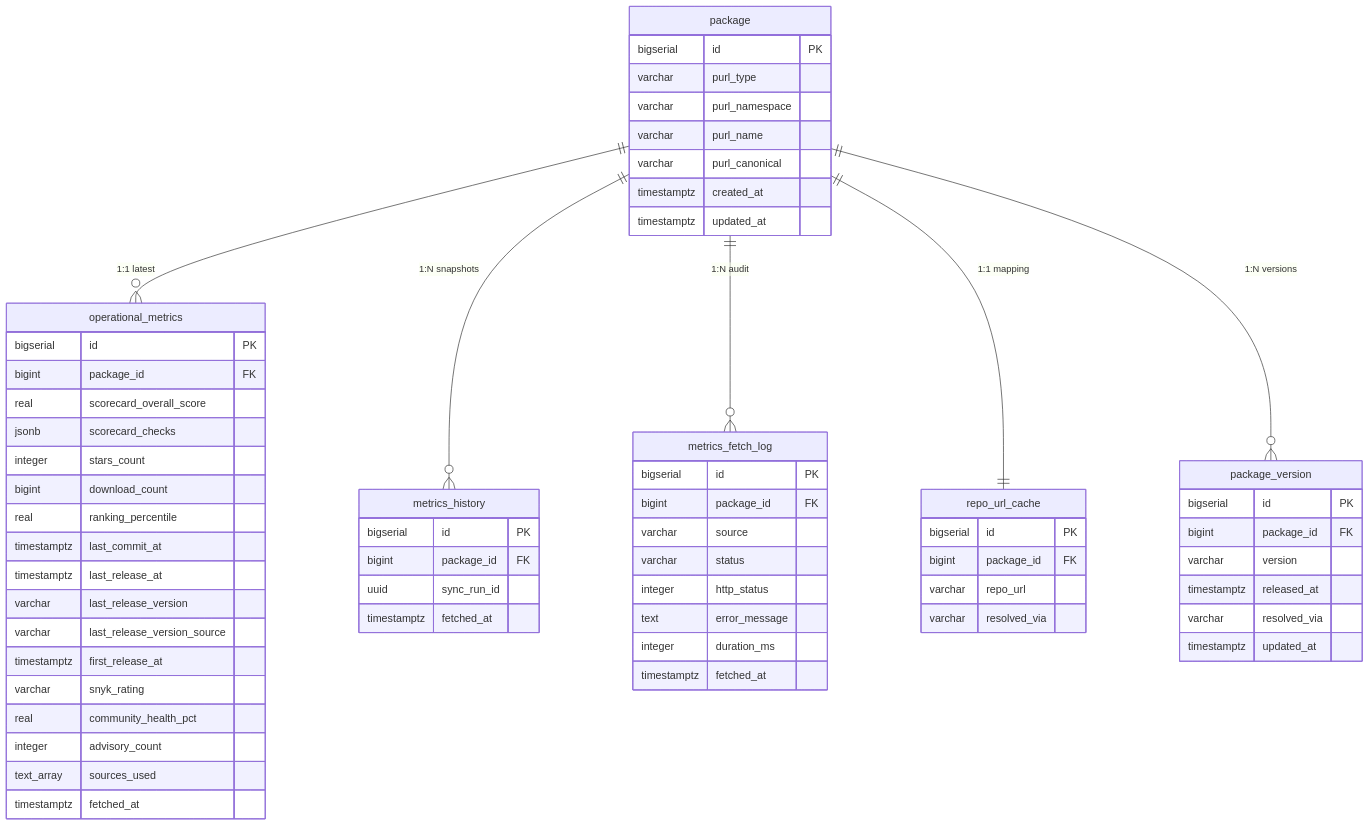
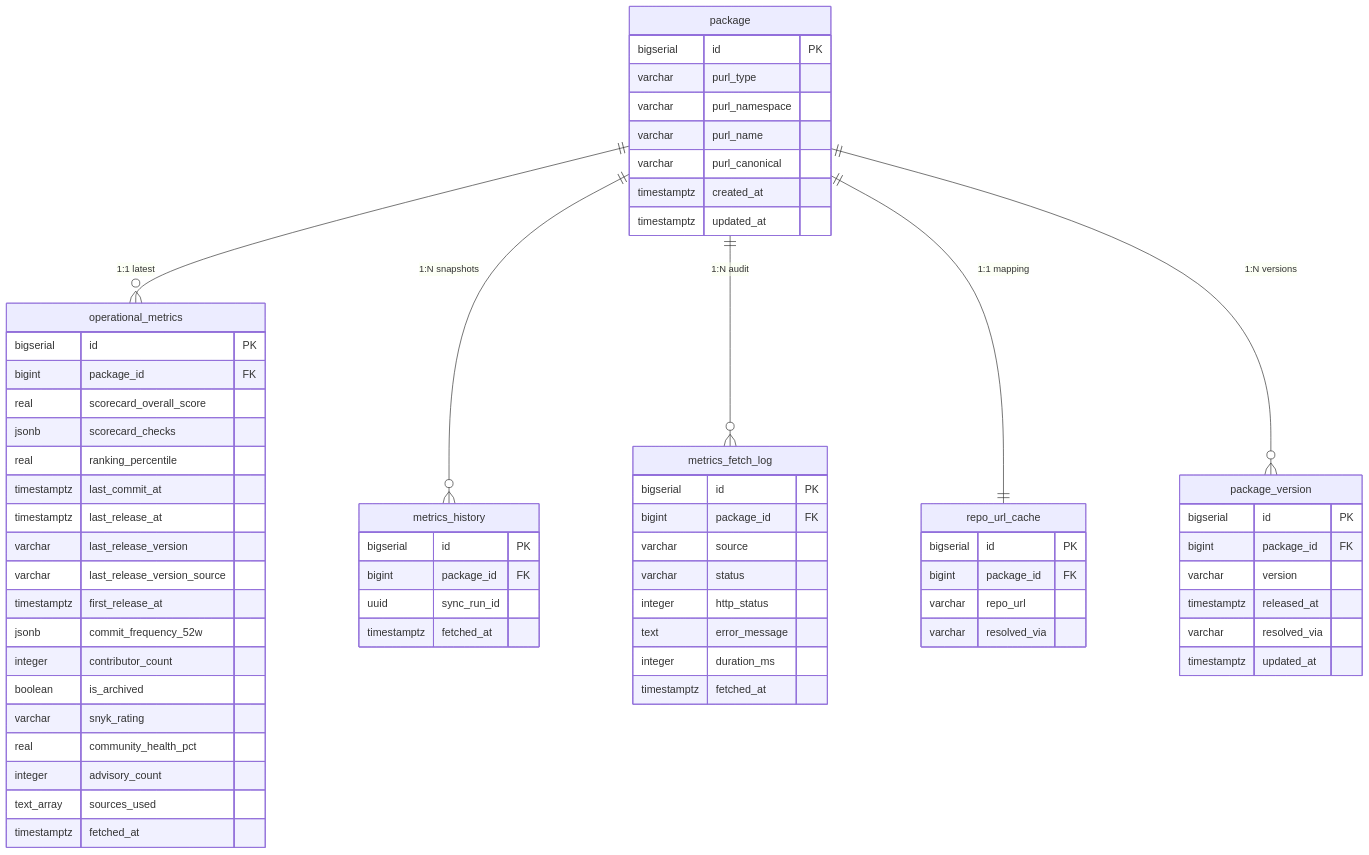
The third of 7 diagrams in ARCHITECTURE.md (arikregev/operational-metrics), drawn with Mermaid before and after one commit. The commit also changed other lines of this file and 24 other files, not shown here.

````diff
--- a/ARCHITECTURE.md
+++ b/ARCHITECTURE.md
@@ -201,72 +201,73 @@
 ```mermaid
 erDiagram
     package ||--o{ operational_metrics : "1:1 latest"
     package ||--o{ metrics_history : "1:N snapshots"
     package ||--o{ metrics_fetch_log : "1:N audit"
     package ||--|| repo_url_cache : "1:1 mapping"
     package ||--o{ package_version : "1:N versions"
 
     package {
         bigserial id PK
         varchar purl_type
         varchar purl_namespace
         varchar purl_name
         varchar purl_canonical
         timestamptz created_at
         timestamptz updated_at
     }
 
     operational_metrics {
         bigserial id PK
         bigint package_id FK
         real scorecard_overall_score
         jsonb scorecard_checks
-        integer stars_count
-        bigint download_count
         real ranking_percentile
         timestamptz last_commit_at
         timestamptz last_release_at
         varchar last_release_version
         varchar last_release_version_source
         timestamptz first_release_at
+        jsonb commit_frequency_52w
+        integer contributor_count
+        boolean is_archived
         varchar snyk_rating
         real community_health_pct
         integer advisory_count
         text_array sources_used
         timestamptz fetched_at
     }
 
     package_version {
         bigserial id PK
         bigint package_id FK
         varchar version
         timestamptz released_at
         varchar resolved_via
         timestamptz updated_at
     }
 
     metrics_history {
         bigserial id PK
         bigint package_id FK
         uuid sync_run_id
         timestamptz fetched_at
     }
 
     metrics_fetch_log {
         bigserial id PK
         bigint package_id FK
         varchar source
         varchar status
         integer http_status
         text error_message
         integer duration_ms
         timestamptz fetched_at
     }
 
     repo_url_cache {
         bigserial id PK
         bigint package_id FK
         varchar repo_url
         varchar resolved_via
     }
 ```
````
